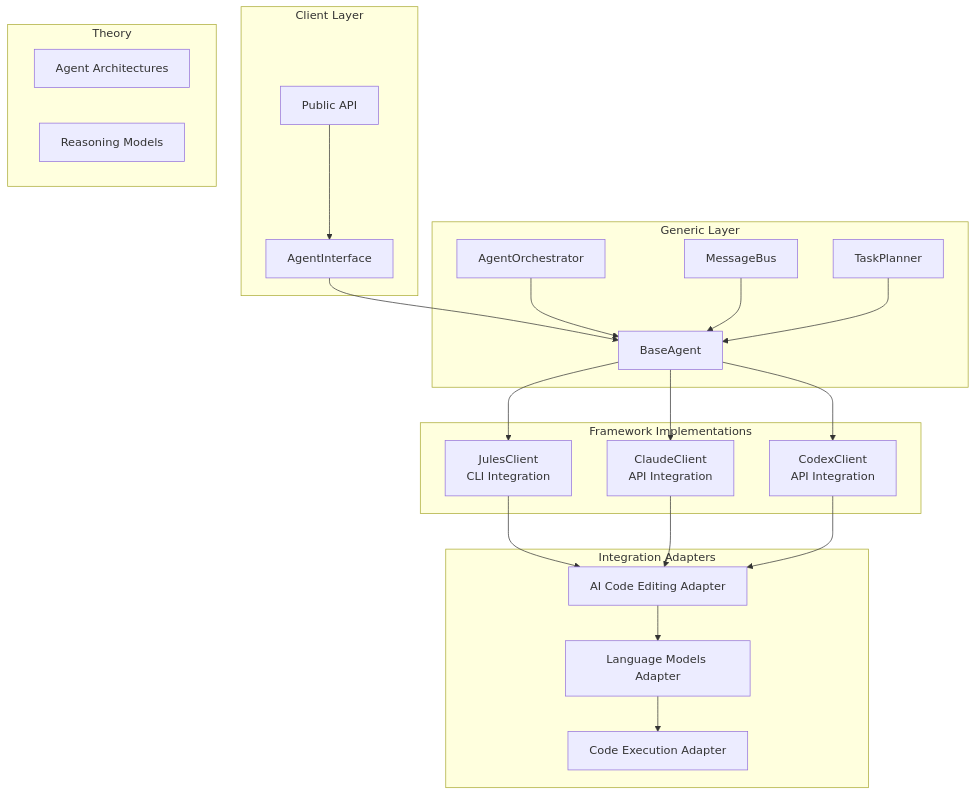
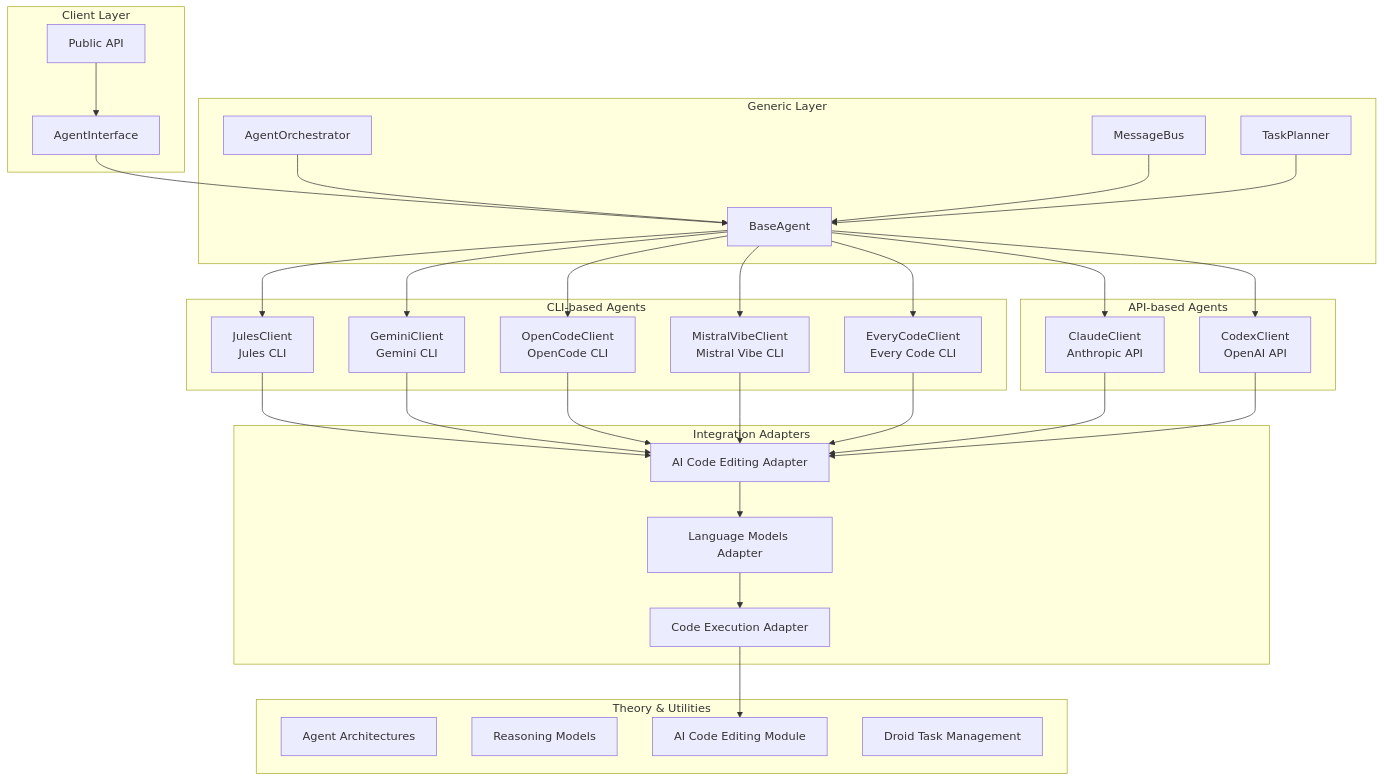
The diagram in src/codomyrmex/agents/SPEC.md (docxology/codomyrmex), drawn with Mermaid before and after one commit. The commit also changed other lines of this file and 183 other files, not shown here.

````diff
--- a/src/codomyrmex/agents/SPEC.md
+++ b/src/codomyrmex/agents/SPEC.md
@@ -38,48 +40,66 @@
 ```mermaid
 graph TD
     subgraph "Client Layer"
         PublicAPI[Public API]
         AgentInterface[AgentInterface]
     end
 
     subgraph "Generic Layer"
         BaseAgent[BaseAgent]
         AgentOrchestrator[AgentOrchestrator]
         MessageBus[MessageBus]
         TaskPlanner[TaskPlanner]
     end
 
-    subgraph "Framework Implementations"
-        JulesClient[JulesClient<br/>CLI Integration]
-        ClaudeClient[ClaudeClient<br/>API Integration]
-        CodexClient[CodexClient<br/>API Integration]
+    subgraph "CLI-based Agents"
+        JulesClient[JulesClient<br/>Jules CLI]
+        GeminiClient[GeminiClient<br/>Gemini CLI]
+        OpenCodeClient[OpenCodeClient<br/>OpenCode CLI]
+        MistralVibeClient[MistralVibeClient<br/>Mistral Vibe CLI]
+        EveryCodeClient[EveryCodeClient<br/>Every Code CLI]
+    end
+
+    subgraph "API-based Agents"
+        ClaudeClient[ClaudeClient<br/>Anthropic API]
+        CodexClient[CodexClient<br/>OpenAI API]
     end
 
     subgraph "Integration Adapters"
         AICodeEditingAdapter[AI Code Editing Adapter]
         LanguageModelsAdapter[Language Models Adapter]
         CodeExecutionAdapter[Code Execution Adapter]
     end
 
-    subgraph "Theory"
+    subgraph "Theory & Utilities"
         Architectures[Agent Architectures]
         ReasoningModels[Reasoning Models]
+        AICodeEditing[AI Code Editing Module]
+        DroidModule[Droid Task Management]
     end
 
     PublicAPI --> AgentInterface
     AgentInterface --> BaseAgent
     BaseAgent --> JulesClient
+    BaseAgent --> GeminiClient
+    BaseAgent --> OpenCodeClient
+    BaseAgent --> MistralVibeClient
+    BaseAgent --> EveryCodeClient
     BaseAgent --> ClaudeClient
     BaseAgent --> CodexClient
 
     AgentOrchestrator --> BaseAgent
     MessageBus --> BaseAgent
     TaskPlanner --> BaseAgent
 
     JulesClient --> AICodeEditingAdapter
+    GeminiClient --> AICodeEditingAdapter
+    OpenCodeClient --> AICodeEditingAdapter
+    MistralVibeClient --> AICodeEditingAdapter
+    EveryCodeClient --> AICodeEditingAdapter
     ClaudeClient --> AICodeEditingAdapter
     CodexClient --> AICodeEditingAdapter
 
     AICodeEditingAdapter --> LanguageModelsAdapter
     LanguageModelsAdapter --> CodeExecutionAdapter
+    CodeExecutionAdapter --> AICodeEditing
 ```
````
